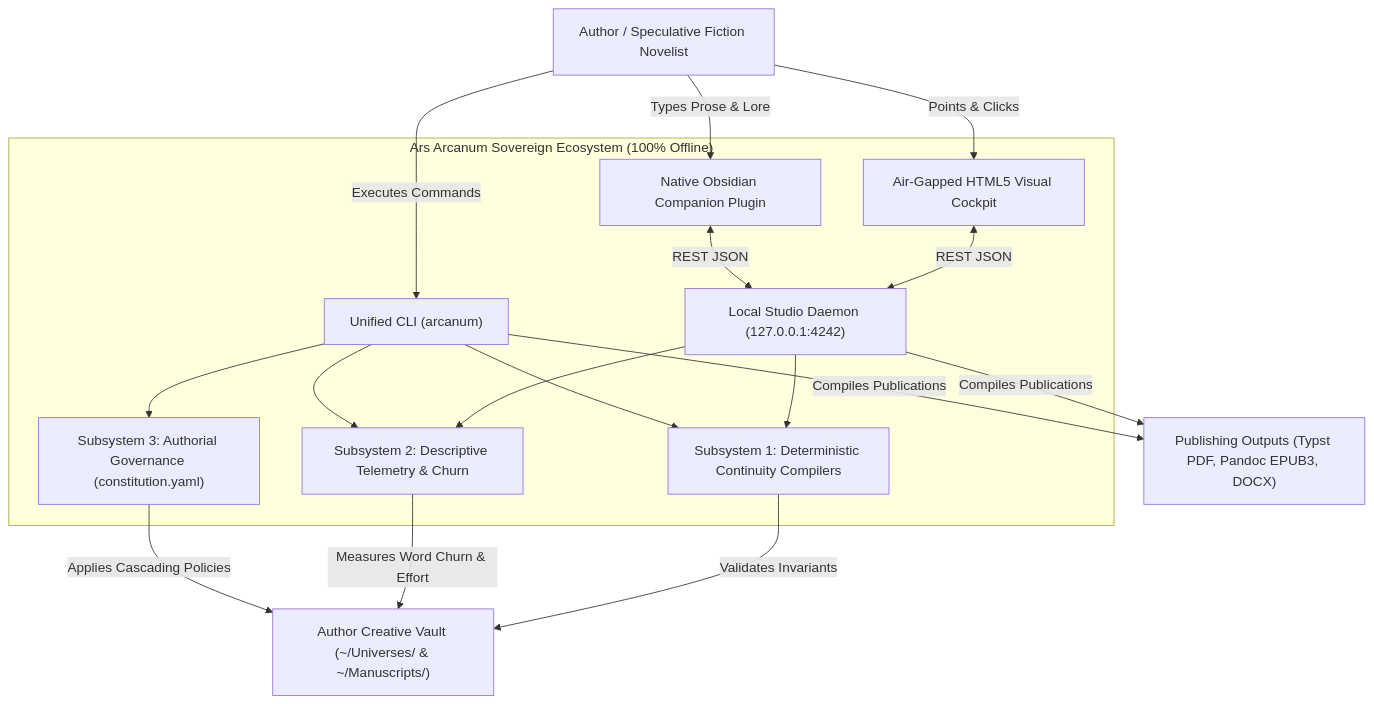
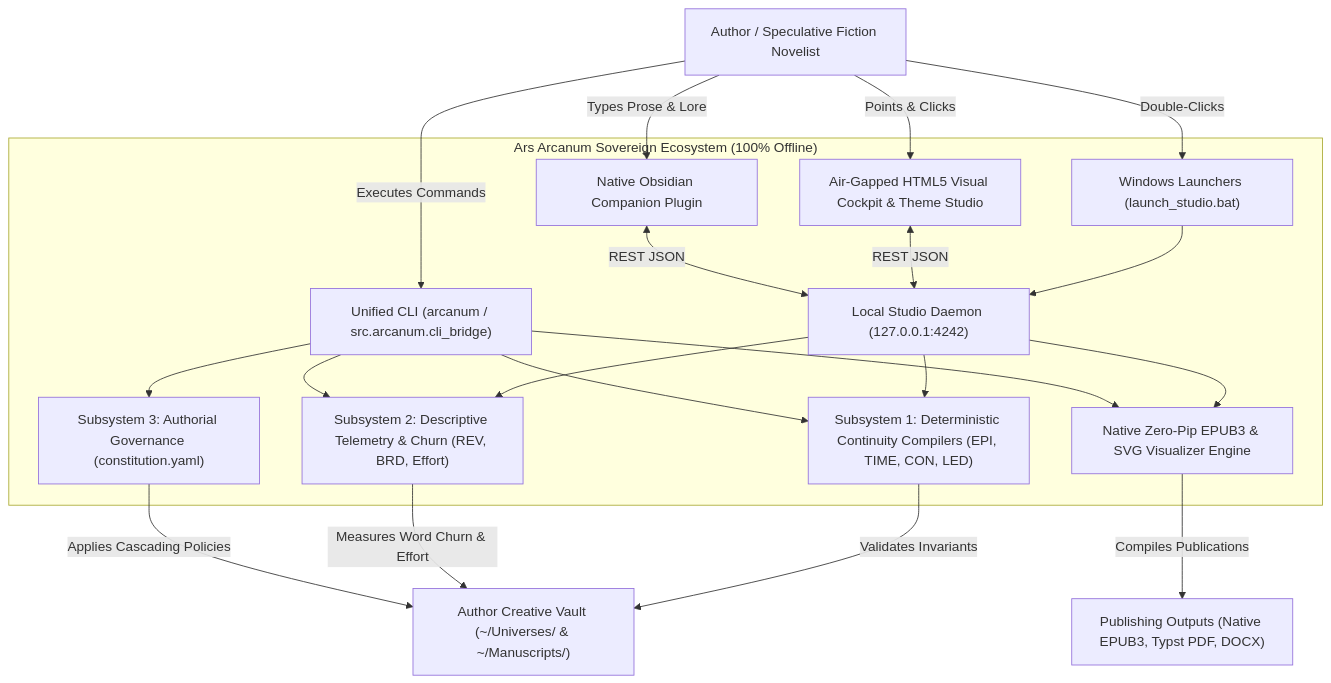
One commit to 3u2t/Ars-Arcanum changed the first of 3 diagrams in docs/codebase/ARCHITECTURE.md. Above: the diagram before and after it, drawn with Mermaid. The commit also changed other lines of this file and 168 other files, not shown here.

First line of the commit message:
feat(core): modernize native package architecture, documentation, and launchers

````diff
--- a/docs/codebase/ARCHITECTURE.md
+++ b/docs/codebase/ARCHITECTURE.md
@@ -193,37 +179,42 @@
 ```mermaid
 flowchart TD
     Author["Author / Speculative Fiction Novelist"]
     
     subgraph ArsArcanum["Ars Arcanum Sovereign Ecosystem (100% Offline)"]
-        CLI["Unified CLI (arcanum)"]
+        Launchers["Windows Launchers (launch_studio.bat)"]
+        CLI["Unified CLI (arcanum / src.arcanum.cli_bridge)"]
         Daemon["Local Studio Daemon (127.0.0.1:4242)"]
-        WebStudio["Air-Gapped HTML5 Visual Cockpit"]
+        WebStudio["Air-Gapped HTML5 Visual Cockpit & Theme Studio"]
         ObsidianPlugin["Native Obsidian Companion Plugin"]
-        Compilers["Subsystem 1: Deterministic Continuity Compilers"]
-        Telemetry["Subsystem 2: Descriptive Telemetry & Churn"]
+        Compilers["Subsystem 1: Deterministic Continuity Compilers (EPI, TIME, CON, LED)"]
+        Telemetry["Subsystem 2: Descriptive Telemetry & Churn (REV, BRD, Effort)"]
         Governance["Subsystem 3: Authorial Governance (constitution.yaml)"]
+        PubEngine["Native Zero-Pip EPUB3 & SVG Visualizer Engine"]
     end
     
     Vault["Author Creative Vault (~/Universes/ & ~/Manuscripts/)"]
-    PublishingTargets["Publishing Outputs (Typst PDF, Pandoc EPUB3, DOCX)"]
+    PublishingTargets["Publishing Outputs (Native EPUB3, Typst PDF, DOCX)"]
     
+    Author -->|Double-Clicks| Launchers
     Author -->|Points & Clicks| WebStudio
     Author -->|Types Prose & Lore| ObsidianPlugin
     Author -->|Executes Commands| CLI
     
+    Launchers --> Daemon
     WebStudio <-->|REST JSON| Daemon
     ObsidianPlugin <-->|REST JSON| Daemon
     
     Daemon --> Compilers
     Daemon --> Telemetry
+    Daemon --> PubEngine
     CLI --> Compilers
     CLI --> Telemetry
     CLI --> Governance
+    CLI --> PubEngine
     
     Compilers -->|Validates Invariants| Vault
     Telemetry -->|Measures Word Churn & Effort| Vault
     Governance -->|Applies Cascading Policies| Vault
     
-    Daemon -->|Compiles Publications| PublishingTargets
-    CLI -->|Compiles Publications| PublishingTargets
+    PubEngine -->|Compiles Publications| PublishingTargets
 ```
````
